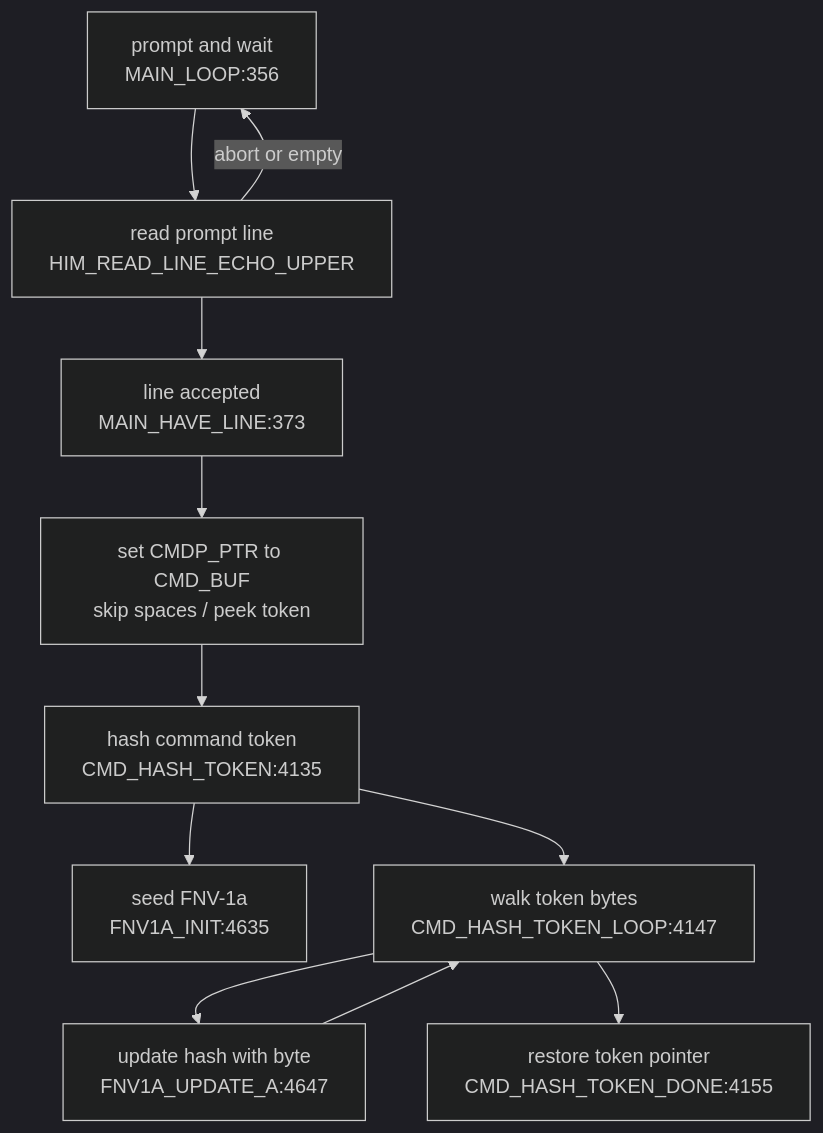
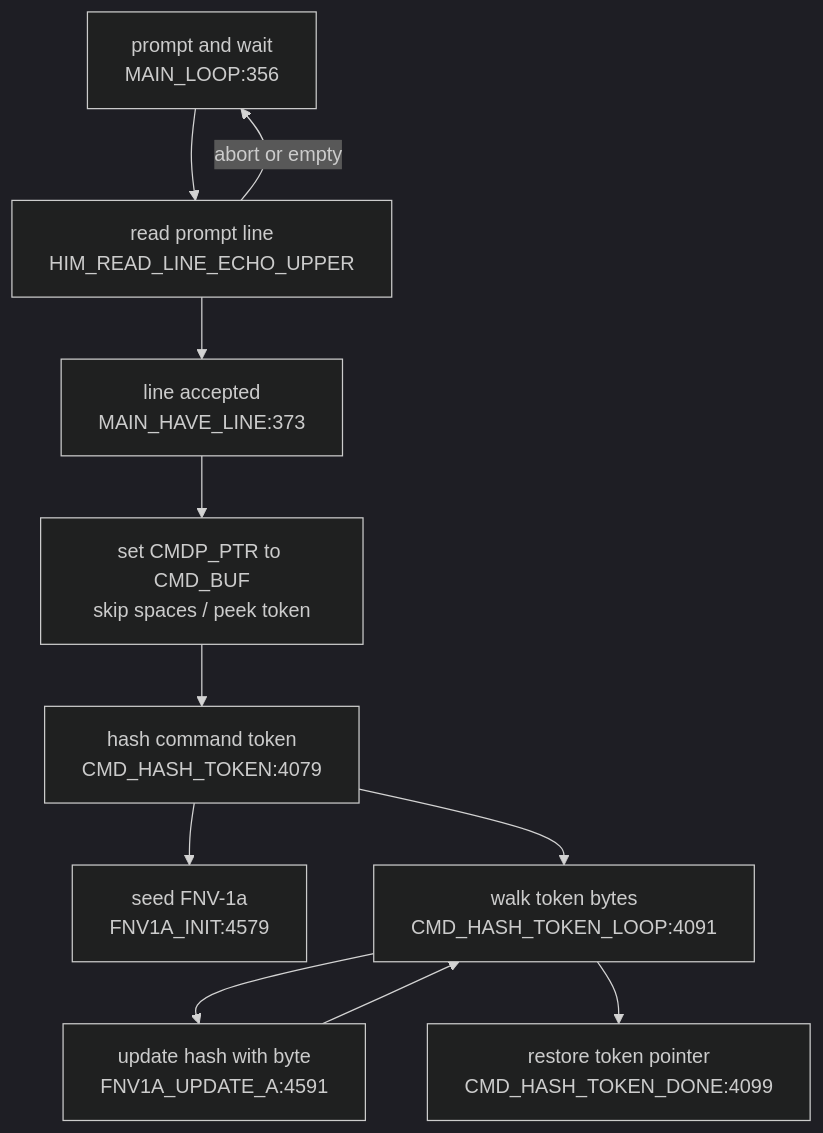
One commit to 95westus/R-YORS changed the second of 4 diagrams in DOC/GENERATED/CMD_FLOW_MAP.md. Above: the diagram before and after it, drawn with Mermaid (dark theme). The commit also changed other lines of this file and 94 other files, not shown here.

````diff
--- a/DOC/GENERATED/CMD_FLOW_MAP.md
+++ b/DOC/GENERATED/CMD_FLOW_MAP.md
@@ -24,13 +24,13 @@
 ```mermaid
 flowchart TD
     LOOP["prompt and wait<br/>MAIN_LOOP:356"] --> READ["read prompt line<br/>HIM_READ_LINE_ECHO_UPPER"]
     READ --> HAVE["line accepted<br/>MAIN_HAVE_LINE:373"]
     READ -->|abort or empty| LOOP
     HAVE --> PREP["set CMDP_PTR to CMD_BUF<br/>skip spaces / peek token"]
-    PREP --> HASH["hash command token<br/>CMD_HASH_TOKEN:4135"]
-    HASH --> FNVINIT["seed FNV-1a<br/>FNV1A_INIT:4635"]
-    HASH --> HASHLOOP["walk token bytes<br/>CMD_HASH_TOKEN_LOOP:4147"]
-    HASHLOOP --> UPDATE["update hash with byte<br/>FNV1A_UPDATE_A:4647"]
+    PREP --> HASH["hash command token<br/>CMD_HASH_TOKEN:4079"]
+    HASH --> FNVINIT["seed FNV-1a<br/>FNV1A_INIT:4579"]
+    HASH --> HASHLOOP["walk token bytes<br/>CMD_HASH_TOKEN_LOOP:4091"]
+    HASHLOOP --> UPDATE["update hash with byte<br/>FNV1A_UPDATE_A:4591"]
     UPDATE --> HASHLOOP
-    HASHLOOP --> DONE["restore token pointer<br/>CMD_HASH_TOKEN_DONE:4155"]
+    HASHLOOP --> DONE["restore token pointer<br/>CMD_HASH_TOKEN_DONE:4099"]
 ```
````
